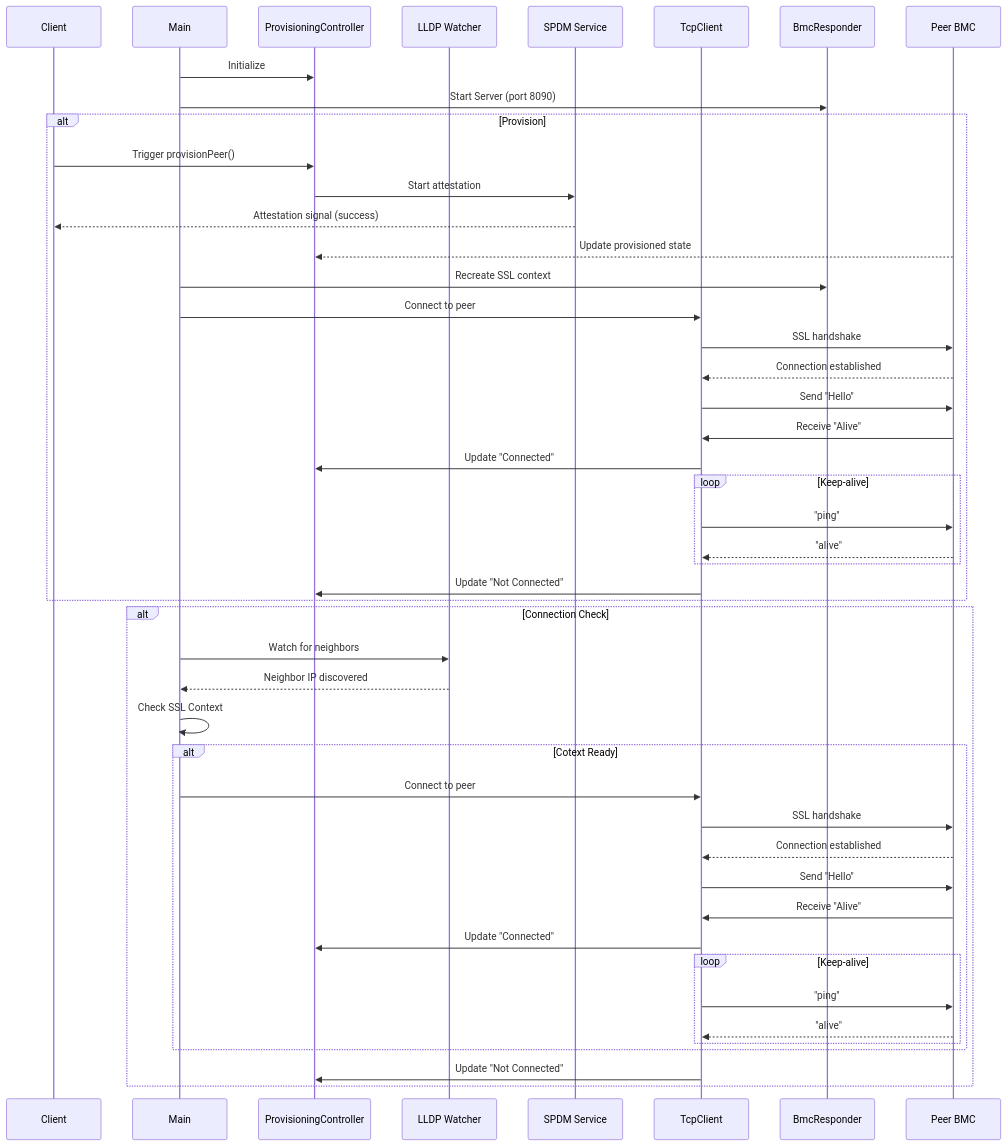
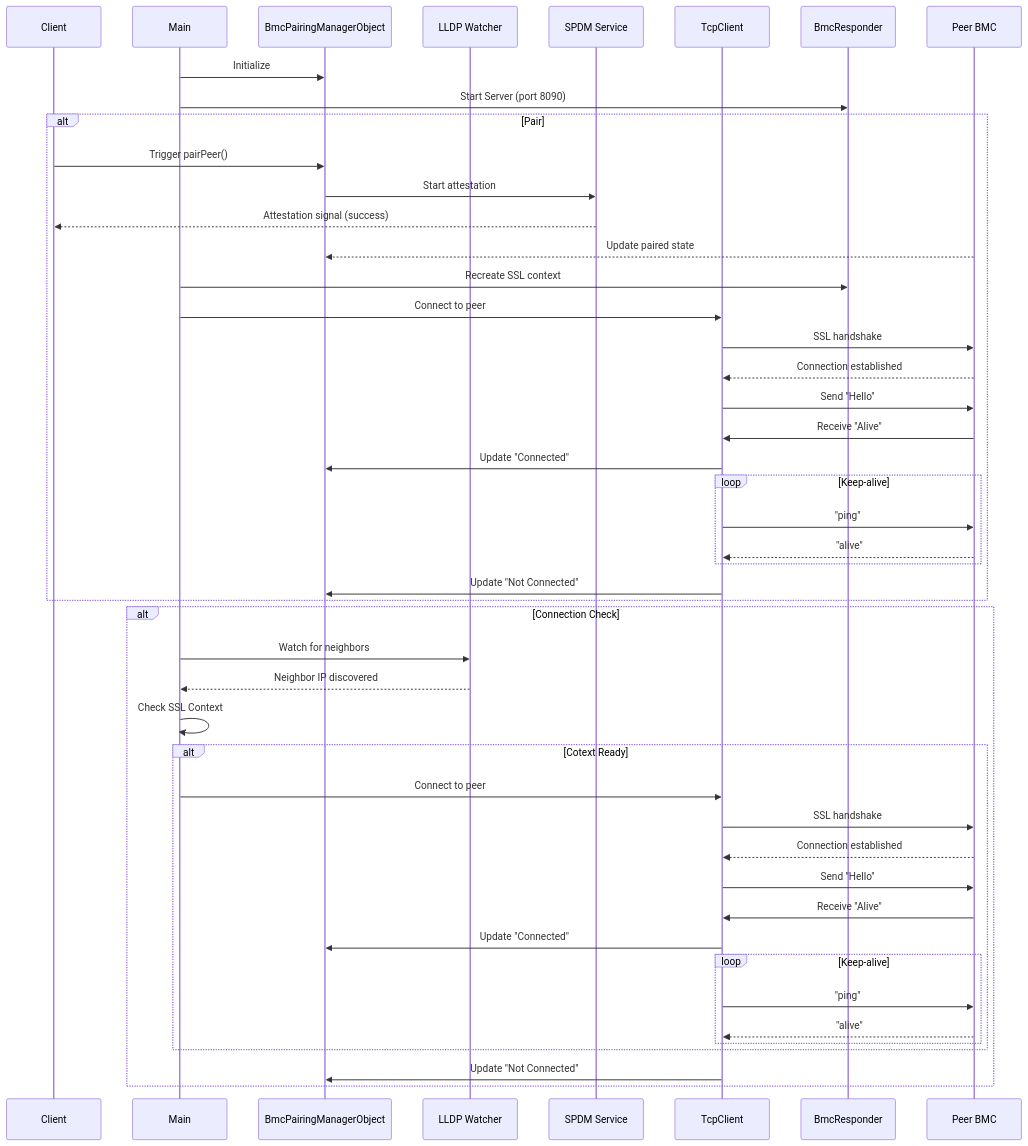
One commit to ibm-openbmc/bmc-pairing-manager changed the second of 4 diagrams in README.md. Above: the diagram before and after it, drawn with Mermaid. The commit also changed other lines of this file and 2 other files, not shown here.

First line of the commit message:
bmc-pairing-manager: Rename ProvisioningController to BmcPairingManagerObject

````diff
--- a/README.md
+++ b/README.md
@@ -108,58 +111,58 @@
 ```mermaid
 sequenceDiagram
     participant Client
     participant Main
-    participant PC as ProvisioningController
+    participant PC as BmcPairingManagerObject
     participant LLDP as LLDP Watcher
     participant SPDM as SPDM Service
     participant TC as TcpClient
     participant BR as BmcResponder
     participant Peer as Peer BMC
     
     Main->>PC: Initialize
     Main->>BR: Start Server (port 8090)
 
-    alt Provision
-        Client->>PC: Trigger provisionPeer()
+    alt Pair
+        Client->>PC: Trigger pairPeer()
         PC->>SPDM: Start attestation
         SPDM-->>Client: Attestation signal (success)
-        Peer-->>PC: Update provisioned state
+        Peer-->>PC: Update paired state
         Main->>BR: Recreate SSL context
         Main->>TC: Connect to peer
         TC->>Peer: SSL handshake
         Peer-->>TC: Connection established
         TC->>Peer: Send "Hello"
         Peer->>TC: Receive "Alive"
 
         TC->>PC: Update "Connected"
         loop Keep-alive
             TC->>Peer: "ping"
             Peer-->>TC: "alive"    
         end
         TC->>PC: Update "Not Connected"
     end
    
    
     
     alt Connection Check
         Main->>LLDP: Watch for neighbors
     
         LLDP-->>Main: Neighbor IP discovered
         Main->>Main: Check SSL Context
         alt Cotext Ready
             Main->>TC: Connect to peer
             TC->>Peer: SSL handshake
             Peer-->>TC: Connection established
             TC->>Peer: Send "Hello"
             Peer->>TC: Receive "Alive"
             TC->>PC: Update "Connected"
             loop Keep-alive
                 TC->>Peer: "ping"
                 Peer-->>TC: "alive"    
             end
         end
         TC->>PC: Update "Not Connected"
     end
     
    
 ```
````
